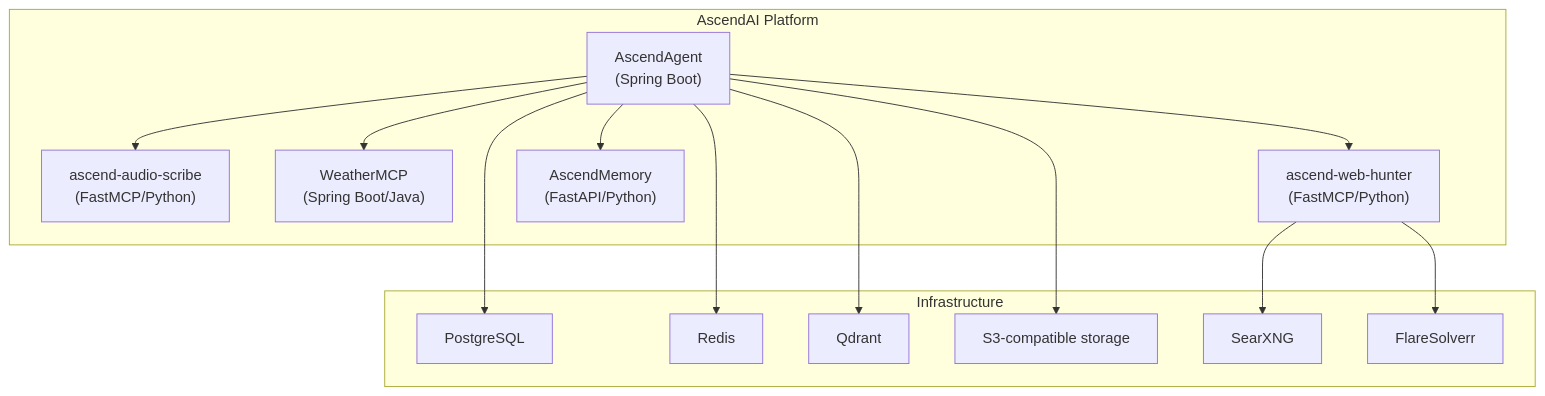
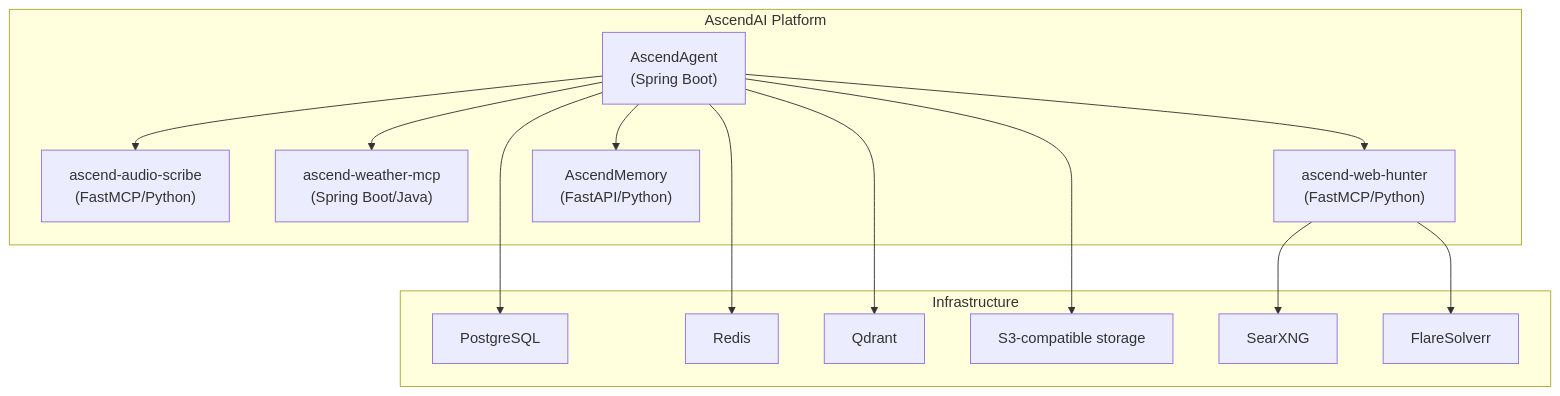
Before and after one commit to Lukk17/AscendAI: the first of 2 diagrams in AscendAgent/docs/architecture/arc42/05-building-block-view.md, drawn with Mermaid. The commit also changed 446 other files, not shown here.

````diff
--- a/AscendAgent/docs/architecture/arc42/05-building-block-view.md
+++ b/AscendAgent/docs/architecture/arc42/05-building-block-view.md
@@ -7,30 +7,30 @@
 ```mermaid
 graph TB
     subgraph "AscendAI Platform"
         AscendAgent["AscendAgent<br/>(Spring Boot)"]
         AudioScribe["ascend-audio-scribe<br/>(FastMCP/Python)"]
-        Weather["WeatherMCP<br/>(Spring Boot/Java)"]
+        Weather["ascend-weather-mcp<br/>(Spring Boot/Java)"]
         WebHunter["ascend-web-hunter<br/>(FastMCP/Python)"]
         Memory["AscendMemory<br/>(FastAPI/Python)"]
     end
 
     subgraph "Infrastructure"
         Postgres["PostgreSQL"]
         Redis["Redis"]
         Qdrant["Qdrant"]
         S3["S3-compatible storage"]
         SearXNG["SearXNG"]
         FlareSolverr["FlareSolverr"]
     end
 
     AscendAgent --> AudioScribe
     AscendAgent --> Weather
     AscendAgent --> WebHunter
     AscendAgent --> Memory
     AscendAgent --> Postgres
     AscendAgent --> Redis
     AscendAgent --> Qdrant
     AscendAgent --> S3
     WebHunter --> SearXNG
     WebHunter --> FlareSolverr
 ```
````
